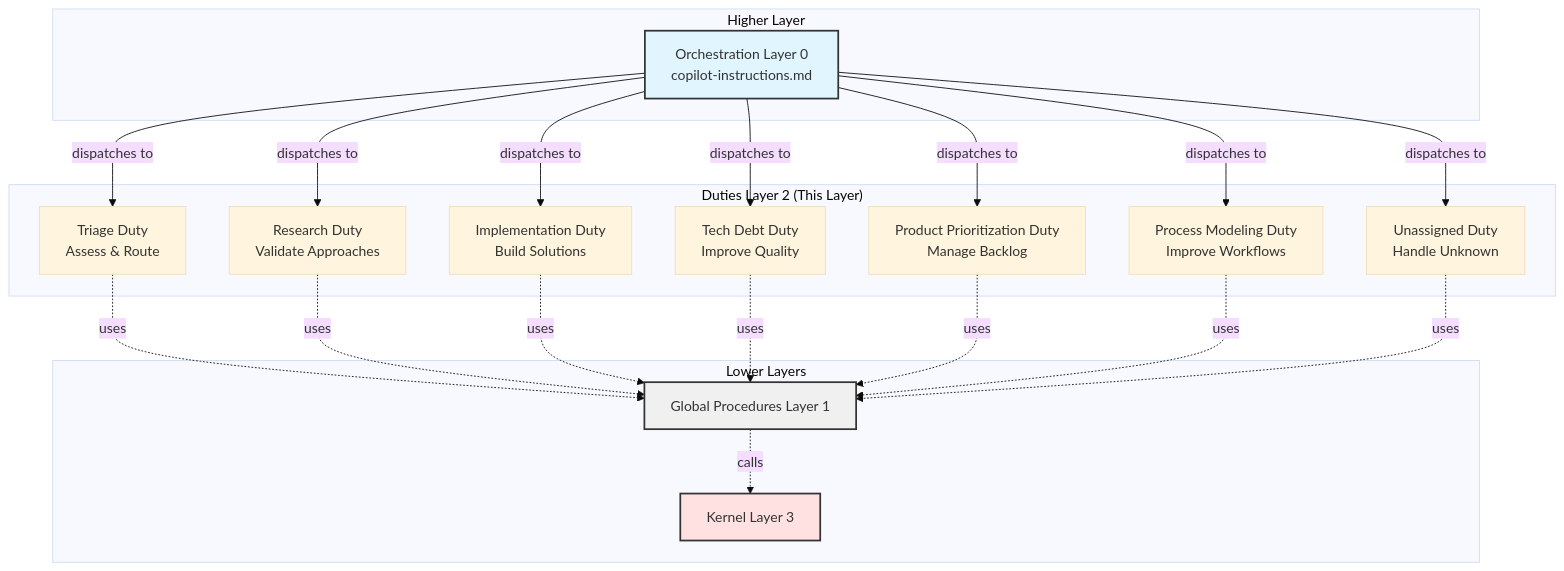
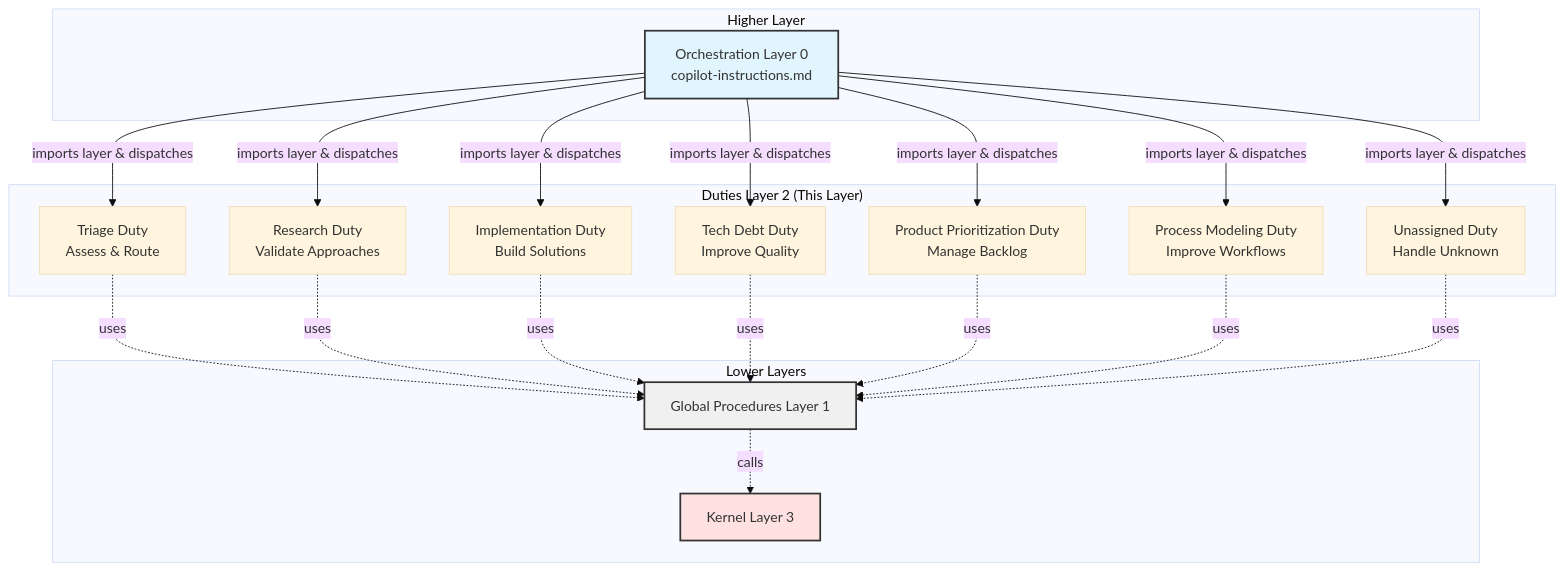
Before and after one commit to dazinator/DataFlow: the diagram in .team/duties/README.md, drawn with Mermaid (base theme). The commit also changed other lines of this file and 18 other files, not shown here.

First line of the commit message:
[Phase 4] Restructure orchestration layer to layered architecture (#379)

````diff
--- a/.team/duties/README.md
+++ b/.team/duties/README.md
@@ -30,43 +30,43 @@
 ```mermaid
 flowchart TB
     subgraph "Higher Layer"
         ORCH[Orchestration Layer 0<br/>copilot-instructions.md]
     end
     
     subgraph "Duties Layer 2 (This Layer)"
         TRIAGE[Triage Duty<br/>Assess & Route]
         RESEARCH[Research Duty<br/>Validate Approaches]
         IMPL[Implementation Duty<br/>Build Solutions]
         DEBT[Tech Debt Duty<br/>Improve Quality]
         PRODUCT[Product Prioritization Duty<br/>Manage Backlog]
         PROCESS[Process Modeling Duty<br/>Improve Workflows]
         UNASSIGNED[Unassigned Duty<br/>Handle Unknown]
     end
     
     subgraph "Lower Layers"
         PROCS[Global Procedures Layer 1]
         KERNEL[Kernel Layer 3]
     end
     
-    ORCH -->|dispatches to| TRIAGE
-    ORCH -->|dispatches to| RESEARCH
-    ORCH -->|dispatches to| IMPL
-    ORCH -->|dispatches to| DEBT
-    ORCH -->|dispatches to| PRODUCT
-    ORCH -->|dispatches to| PROCESS
-    ORCH -->|dispatches to| UNASSIGNED
+    ORCH -->|imports layer & dispatches| TRIAGE
+    ORCH -->|imports layer & dispatches| RESEARCH
+    ORCH -->|imports layer & dispatches| IMPL
+    ORCH -->|imports layer & dispatches| DEBT
+    ORCH -->|imports layer & dispatches| PRODUCT
+    ORCH -->|imports layer & dispatches| PROCESS
+    ORCH -->|imports layer & dispatches| UNASSIGNED
     
     TRIAGE -.->|uses| PROCS
     RESEARCH -.->|uses| PROCS
     IMPL -.->|uses| PROCS
     DEBT -.->|uses| PROCS
     PRODUCT -.->|uses| PROCS
     PROCESS -.->|uses| PROCS
     UNASSIGNED -.->|uses| PROCS
     
     PROCS -.->|calls| KERNEL
     
     style ORCH fill:#e1f5ff,stroke:#333,stroke-width:2px
     style PROCS fill:#f0f0f0,stroke:#333,stroke-width:2px
     style KERNEL fill:#ffe1e1,stroke:#333,stroke-width:2px
 ```
````
